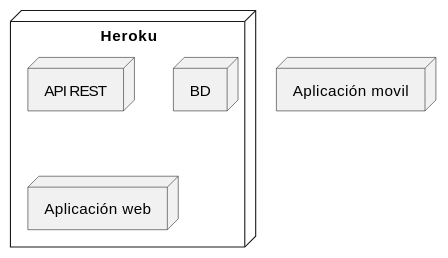
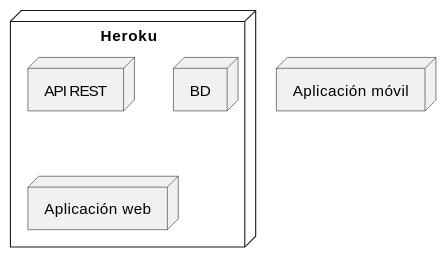
The diagram in webapp/docs/07_deployment_view.adoc (Arquisoft/radarin_es4b), drawn with PlantUML before and after one commit. The commit also changed other lines of this file and 1 other file, not shown here.

Commit message:
Actualización de la documentación

```diff
--- a/webapp/docs/07_deployment_view.adoc
+++ b/webapp/docs/07_deployment_view.adoc
@@ -6,11 +6,11 @@
 [plantuml,"Diagrama de despliegue",png]
 ----
 @startuml
 node "Heroku" {
     node "API REST"
     node "BD"
     node "Aplicación web" 
 }
-node "Aplicación movil"
+node "Aplicación móvil"
 @enduml
 ----
```
